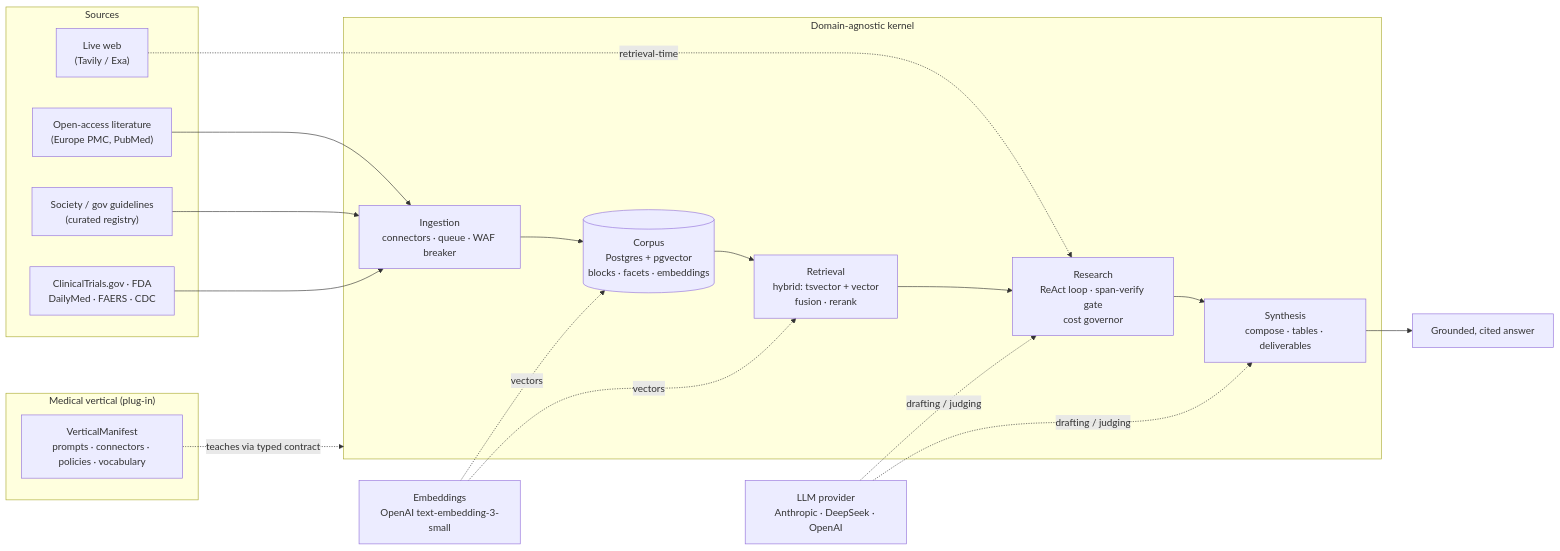
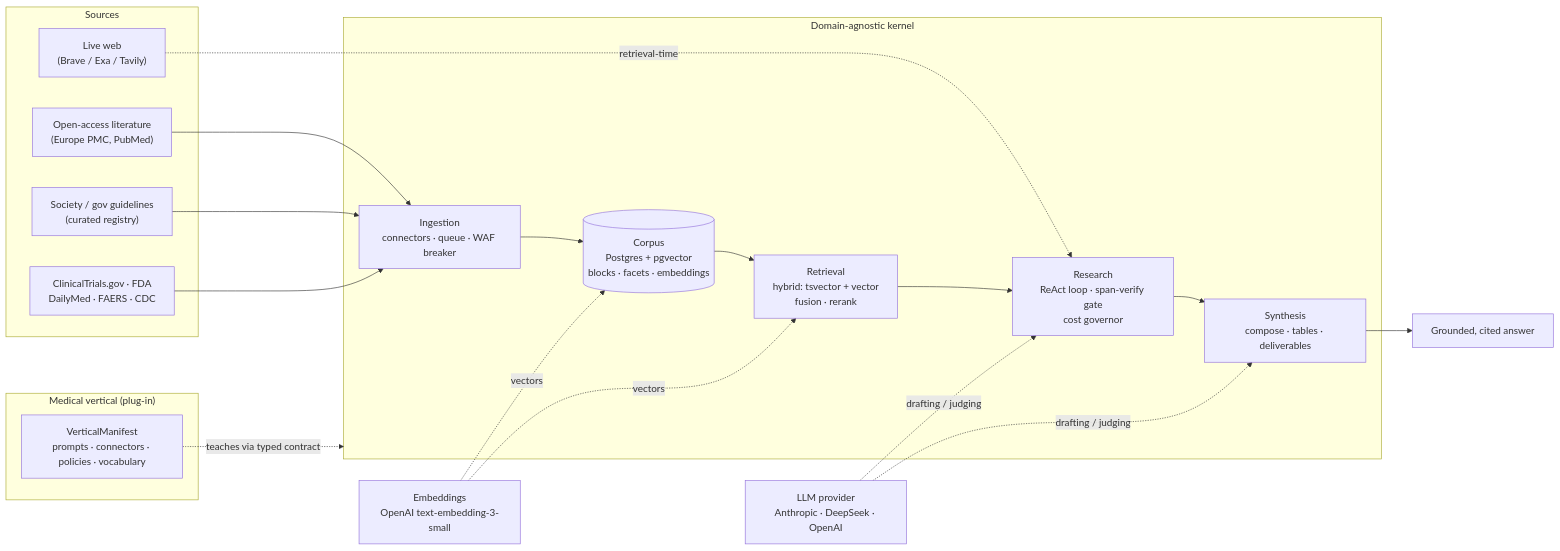
The first of 4 diagrams in README.md (4sgupta828/noesis), drawn with Mermaid before and after one commit. The commit also changed other lines of this file and 6 other files, not shown here.

First line of the commit message:
feat(web): Brave Search provider seam (NOESIS_WEB_PROVIDER / BRAVE_API_KEY)

````diff
--- a/README.md
+++ b/README.md
@@ -57,29 +57,29 @@
 ```mermaid
 flowchart LR
     subgraph SOURCES["Sources"]
       OA["Open-access literature<br/>(Europe PMC, PubMed)"]
       GUI["Society / gov guidelines<br/>(curated registry)"]
       TRIALS["ClinicalTrials.gov · FDA<br/>DailyMed · FAERS · CDC"]
-      WEB["Live web<br/>(Tavily / Exa)"]
+      WEB["Live web<br/>(Brave / Exa / Tavily)"]
     end
 
     subgraph KERNEL["Domain-agnostic kernel"]
       ING["Ingestion<br/>connectors · queue · WAF breaker"]
       COR[("Corpus<br/>Postgres + pgvector<br/>blocks · facets · embeddings")]
       RET["Retrieval<br/>hybrid: tsvector + vector<br/>fusion · rerank"]
       RES["Research<br/>ReAct loop · span-verify gate<br/>cost governor"]
       SYN["Synthesis<br/>compose · tables · deliverables"]
     end
 
     subgraph VERT["Medical vertical (plug-in)"]
       MAN["VerticalManifest<br/>prompts · connectors · policies · vocabulary"]
     end
 
     OA & GUI & TRIALS --> ING --> COR
     WEB -.retrieval-time.-> RES
     COR --> RET --> RES --> SYN --> ANS["Grounded, cited answer"]
     MAN -. teaches via typed contract .-> KERNEL
 
     LLM["LLM provider<br/>Anthropic · DeepSeek · OpenAI"] -. drafting / judging .-> RES & SYN
     EMB["Embeddings<br/>OpenAI text-embedding-3-small"] -. vectors .-> COR & RET
 ```
````
